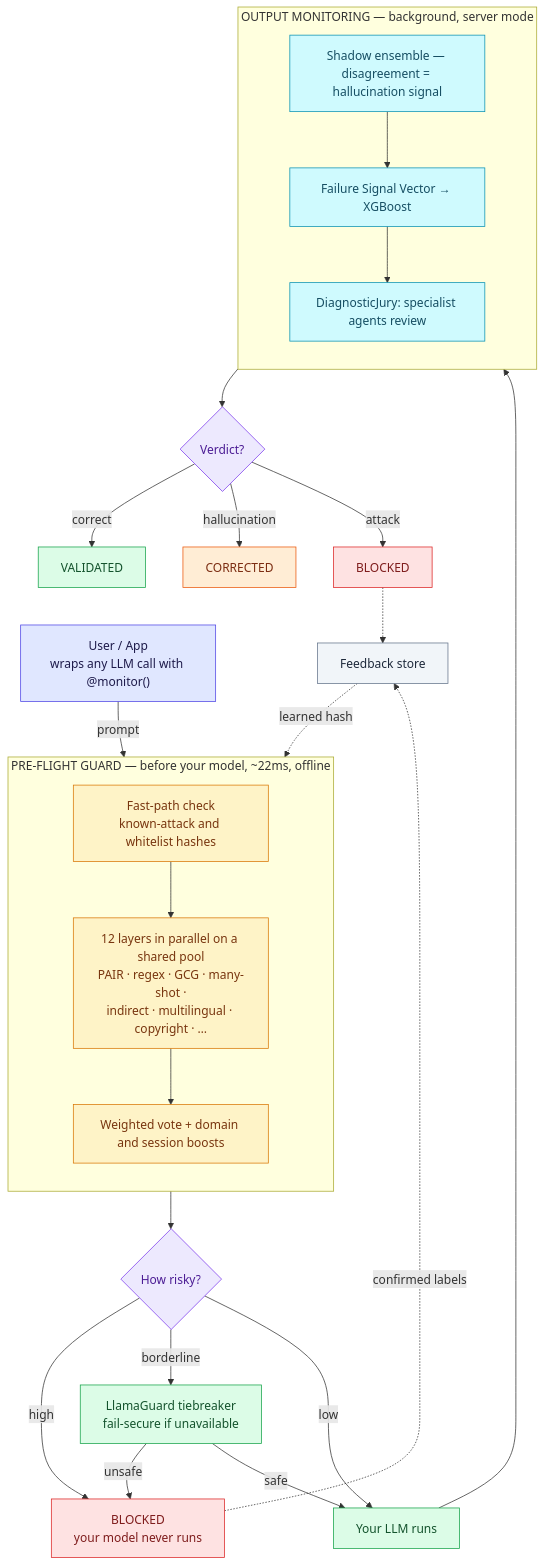
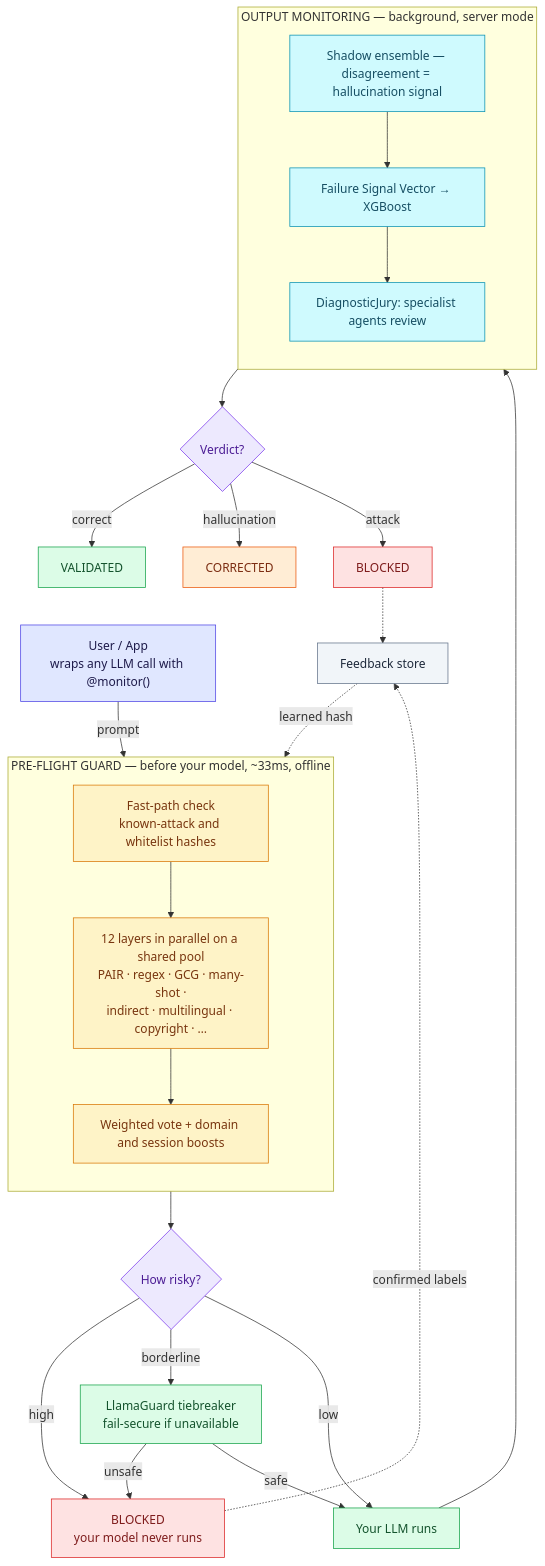
The diagram in README.md (AyushSingh110/Failure_Intelligence_System), drawn with Mermaid before and after one commit. The commit also changed other lines of this file and 5 other files, not shown here.

````diff
--- a/README.md
+++ b/README.md
@@ -200,57 +200,57 @@
 ```mermaid
 flowchart TD
     U["User / App<br/>wraps any LLM call with @monitor()"]
     U -->|prompt| FP
 
-    subgraph GUARD["PRE-FLIGHT GUARD — before your model, ~22ms, offline"]
+    subgraph GUARD["PRE-FLIGHT GUARD — before your model, ~33ms, offline"]
         direction TB
         FP["Fast-path check<br/>known-attack and whitelist hashes"]
         L["12 layers in parallel on a shared pool<br/>PAIR · regex · GCG · many-shot ·<br/>indirect · multilingual · copyright · …"]
         AGG["Weighted vote + domain and session boosts"]
         FP --> L --> AGG
     end
 
     AGG --> ROUTE{"How risky?"}
     ROUTE -->|"high"| BLOCK["BLOCKED<br/>your model never runs"]
     ROUTE -->|"borderline"| LG["LlamaGuard tiebreaker<br/>fail-secure if unavailable"]
     ROUTE -->|"low"| LLM
     LG -->|unsafe| BLOCK
     LG -->|safe| LLM
 
     LLM["Your LLM runs"]
     LLM --> MON
 
     subgraph MON["OUTPUT MONITORING — background, server mode"]
         direction TB
         SHADOW["Shadow ensemble — disagreement = hallucination signal"]
         FSV["Failure Signal Vector → XGBoost"]
         JURY["DiagnosticJury: specialist agents review"]
         SHADOW --> FSV --> JURY
     end
 
     MON --> OUT{"Verdict?"}
     OUT -->|correct| VAL["VALIDATED"]
     OUT -->|hallucination| COR["CORRECTED"]
     OUT -->|attack| BLK2["BLOCKED"]
 
     BLOCK -.confirmed labels.-> FB["Feedback store"]
     BLK2 -.-> FB
     FB -.learned hash.-> FP
 
     classDef user fill:#e0e7ff,stroke:#4f46e5,color:#1e1b4b;
     classDef guard fill:#fef3c7,stroke:#d97706,color:#78350f;
     classDef gate fill:#ede9fe,stroke:#7c3aed,color:#4c1d95;
     classDef block fill:#fee2e2,stroke:#dc2626,color:#7f1d1d;
     classDef safe fill:#dcfce7,stroke:#16a34a,color:#14532d;
     classDef mon fill:#cffafe,stroke:#0891b2,color:#164e63;
     classDef warn fill:#ffedd5,stroke:#ea580c,color:#7c2d12;
     classDef store fill:#f1f5f9,stroke:#64748b,color:#1e293b;
     class U user;
     class FP,L,AGG guard;
     class ROUTE,OUT gate;
     class BLOCK,BLK2 block;
     class LLM,LG,VAL safe;
     class SHADOW,FSV,JURY mon;
     class COR warn;
     class FB store;
 ```
````
